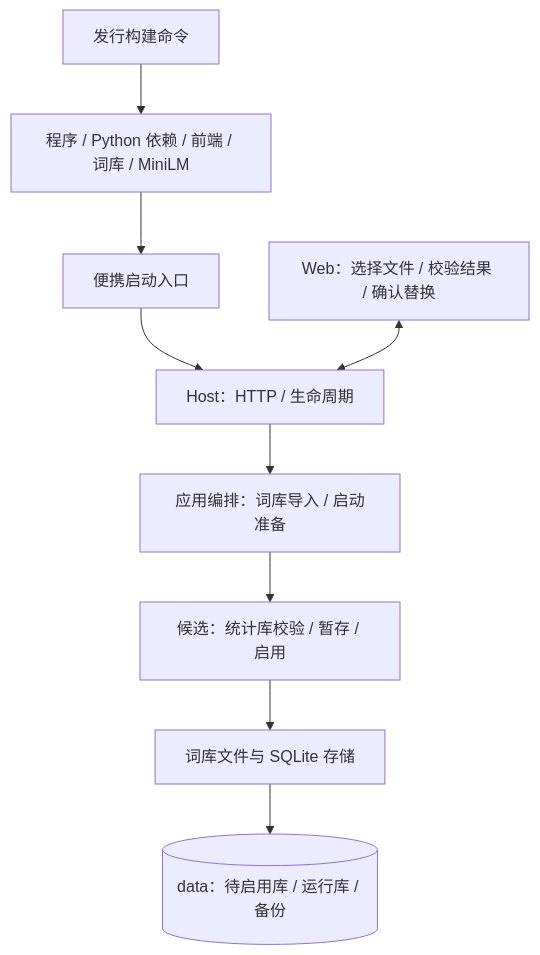
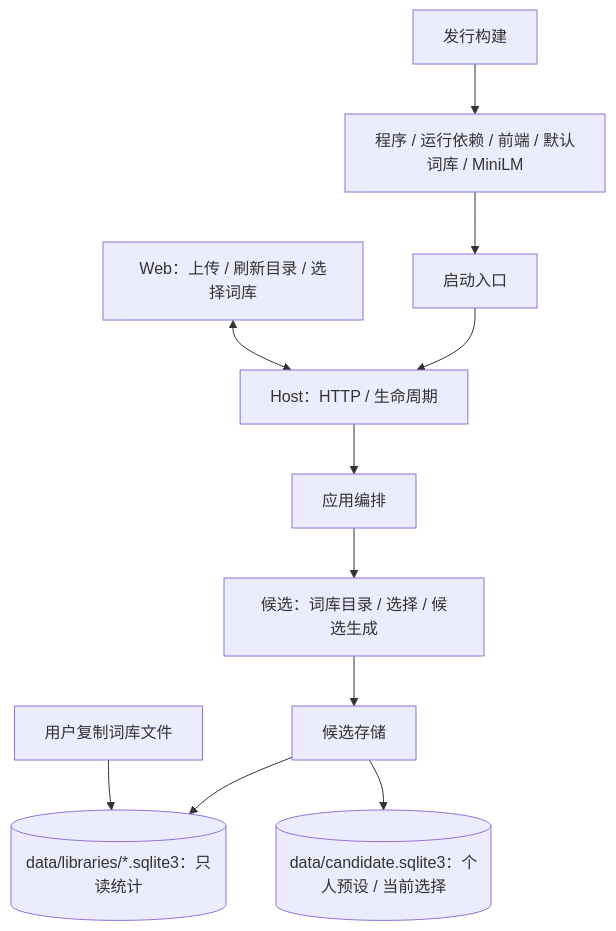
Before and after one commit to Lykr/pictide: the first of 2 diagrams in docs/issues/portable-release-implementation.md, drawn with Mermaid. The commit also changed other lines of this file and 2 other files, not shown here.

````diff
--- a/docs/issues/portable-release-implementation.md
+++ b/docs/issues/portable-release-implementation.md
@@ -9,11 +11,13 @@
 ```mermaid
 flowchart TD
-    Build["发行构建命令"] --> Package["程序 / Python 依赖 / 前端 / 词库 / MiniLM"]
-    Package --> Launch["便携启动入口"]
-    Launch --> Host["Host：HTTP / 生命周期"]
-    UI["Web：选择文件 / 校验结果 / 确认替换"] <--> Host
-    Host --> App["应用编排：词库导入 / 启动准备"]
-    App --> Candidate["候选：统计库校验 / 暂存 / 启用"]
-    Candidate --> Store["词库文件与 SQLite 存储"]
-    Store --> Data[("data：待启用库 / 运行库 / 备份")]
+    Build["发行构建"] --> Package["程序 / 运行依赖 / 前端 / 默认词库 / MiniLM"]
+    Package --> Start["启动入口"]
+    Start --> Host["Host：HTTP / 生命周期"]
+    UI["Web：上传 / 刷新目录 / 选择词库"] <--> Host
+    Host --> App["应用编排"]
+    App --> Candidate["候选：词库目录 / 选择 / 候选生成"]
+    Candidate --> Store["候选存储"]
+    Store --> Libraries[("data/libraries/*.sqlite3：只读统计")]
+    Store --> Presets[("data/candidate.sqlite3：个人预设 / 当前选择")]
+    Files["用户复制词库文件"] --> Libraries
 ```
````
